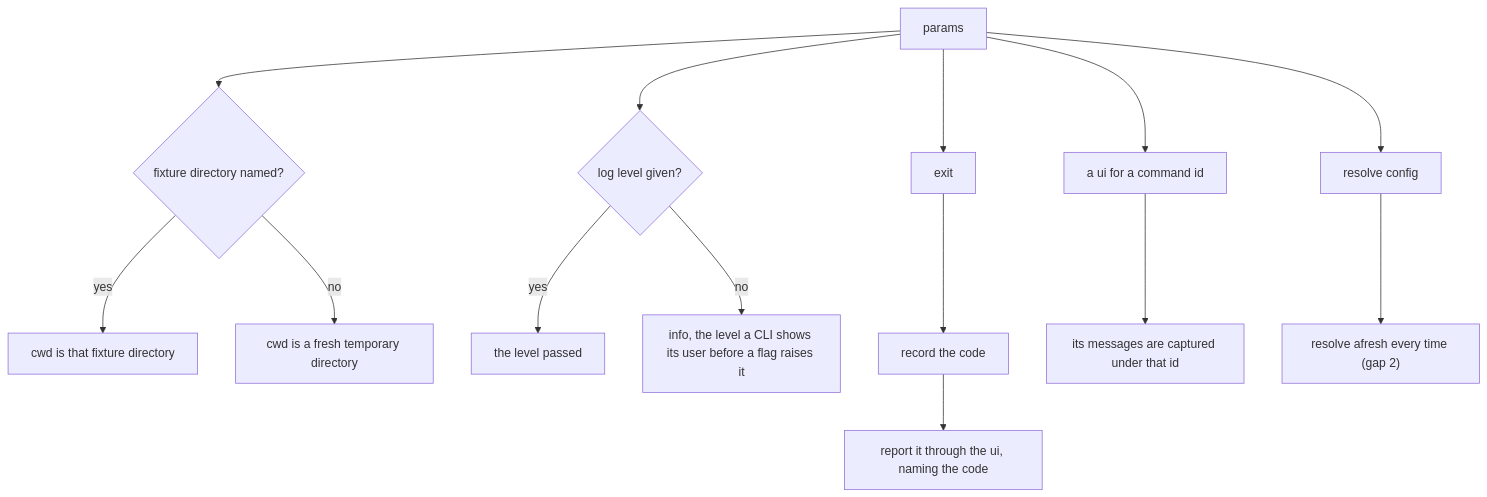
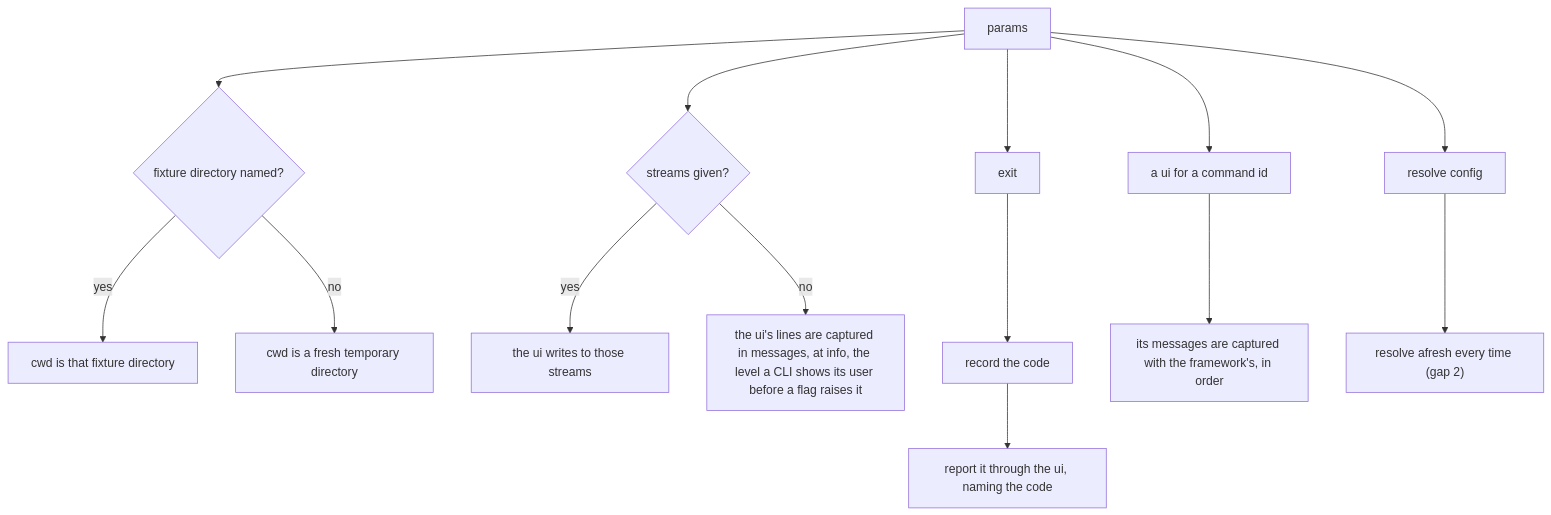
Before and after one commit to clibuilder/clibuilder: the third of 4 diagrams in packages/clibuilder/.agents/spec/testing/README.md, drawn with Mermaid. The commit also changed other lines of this file and 29 other files, not shown here.

````diff
--- a/packages/clibuilder/.agents/spec/testing/README.md
+++ b/packages/clibuilder/.agents/spec/testing/README.md
@@ -208,12 +208,12 @@
 ```mermaid
 graph TD
   M[params] --> FD{fixture directory named?}
   FD -- yes --> FX[cwd is that fixture directory]
   FD -- no --> TMP[cwd is a fresh temporary directory]
-  M --> LL{log level given?}
-  LL -- yes --> LLU[the level passed]
-  LL -- no --> LLD[info, the level a CLI shows its user before a flag raises it]
+  M --> LL{streams given?}
+  LL -- yes --> LLU[the ui writes to those streams]
+  LL -- no --> LLD[the ui's lines are captured in messages, at info, the level a CLI shows its user before a flag raises it]
   M --> X[exit] --> REC[record the code] --> RPTC[report it through the ui, naming the code]
-  M --> CUI[a ui for a command id] --> CUIN[its messages are captured under that id]
+  M --> CUI[a ui for a command id] --> CUIN[its messages are captured with the framework's, in order]
   M --> RC[resolve config] --> FRESH["resolve afresh every time (gap 2)"]
 ```
````
